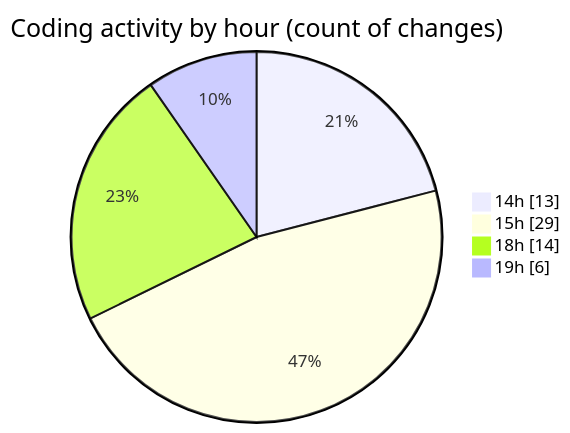
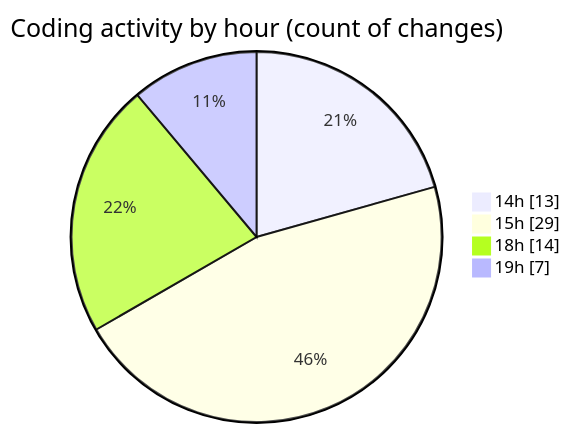
One commit to Ritupan-Deka/code-tracking changed the second of 2 diagrams in 2025-06-23/scopecraft/README.md. Above: the diagram before and after it, drawn with Mermaid. The commit also changed other lines of this file and 1 other file, not shown here.

````diff
--- a/2025-06-23/scopecraft/README.md
+++ b/2025-06-23/scopecraft/README.md
@@ -48,8 +49,8 @@
 ```mermaid
 pie showData
 title Coding activity by hour (count of changes)
 "14h" : 13
 "15h" : 29
 "18h" : 14
-"19h" : 6
+"19h" : 7
 ```
````
